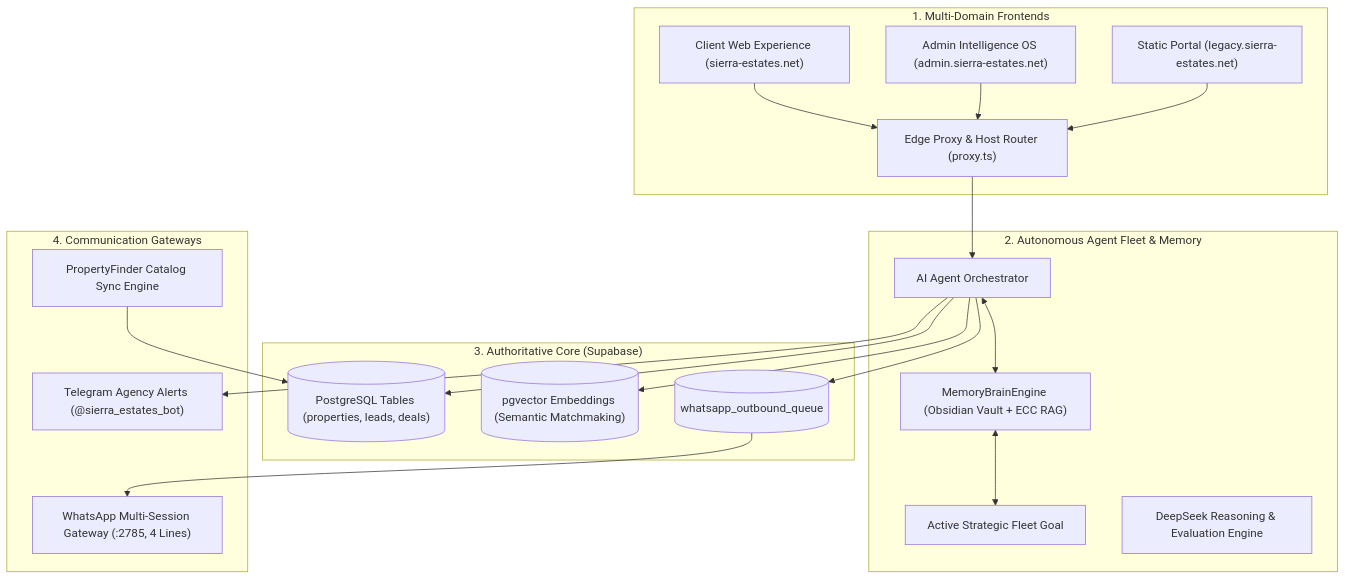
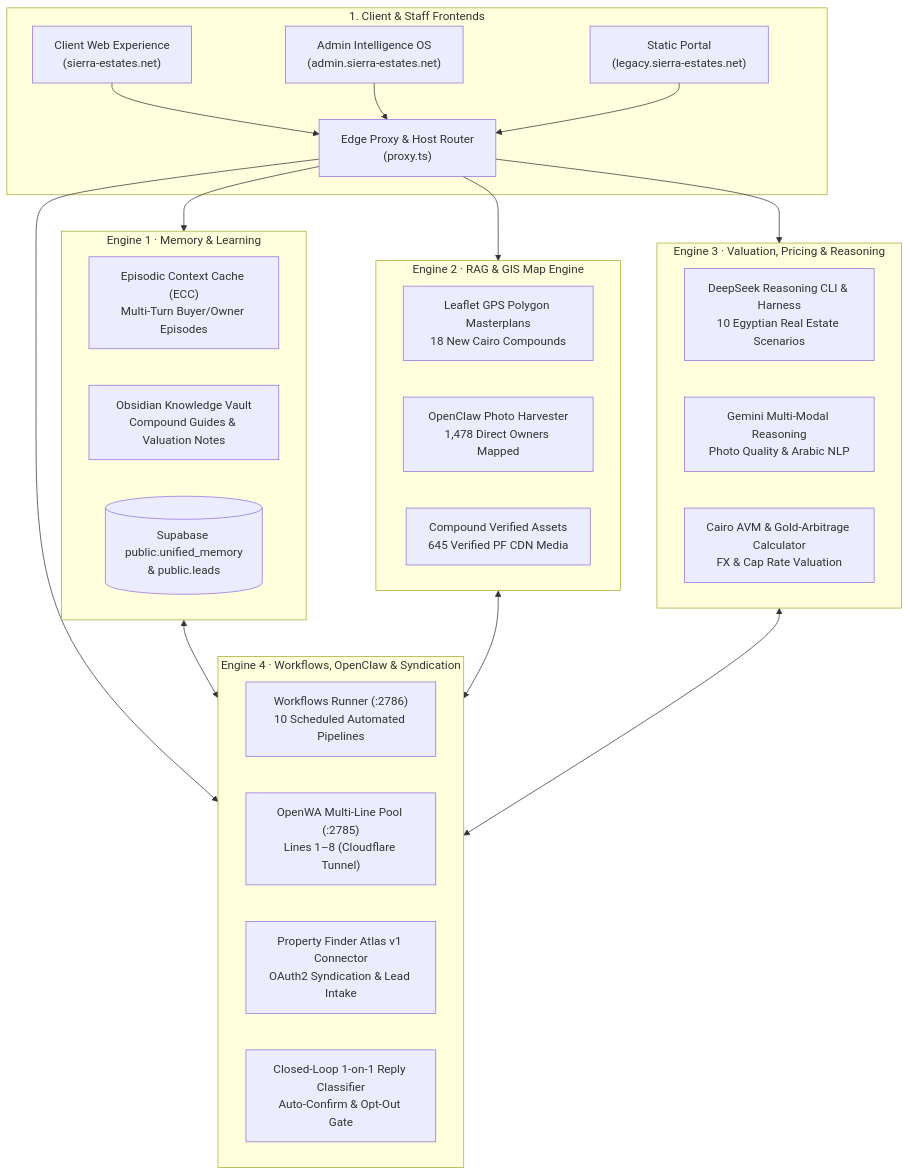
Before and after one commit to afawzy886619888866-cloud/Sierra-Estates: the first of 2 diagrams in README.md, drawn with Mermaid. The commit also changed other lines of this file and 6 other files, not shown here.

Commit message:
docs: sync architecture blueprint, roadmap index, and fix owner rent workflow test imports

````diff
--- a/README.md
+++ b/README.md
@@ -50,43 +49,47 @@
 ```mermaid
 flowchart TD
-    subgraph Clients ["1. Multi-Domain Frontends"]
-        PORTAL["Client Web Experience (sierra-estates.net)"]
-        ADMIN["Admin Intelligence OS (admin.sierra-estates.net)"]
-        LEGACY["Static Portal (legacy.sierra-estates.net)"]
-        PROXY["Edge Proxy & Host Router (proxy.ts)"]
+    subgraph Clients ["1. Client & Staff Frontends"]
+        PORTAL["Client Web Experience\n(sierra-estates.net)"]
+        ADMIN["Admin Intelligence OS\n(admin.sierra-estates.net)"]
+        LEGACY["Static Portal\n(legacy.sierra-estates.net)"]
+        PROXY["Edge Proxy & Host Router\n(proxy.ts)"]
     end
 
-    subgraph Agents ["2. Autonomous Agent Fleet & Memory"]
-        ORCH["AI Agent Orchestrator"]
-        BRAIN["MemoryBrainEngine (Obsidian Vault + ECC RAG)"]
-        GOAL["Active Strategic Fleet Goal"]
-        HARNESS["DeepSeek Reasoning & Evaluation Engine"]
+    subgraph E1 ["Engine 1 · Memory & Learning"]
+        ECC["Episodic Context Cache (ECC)\nMulti-Turn Buyer/Owner Episodes"]
+        OBS["Obsidian Knowledge Vault\nCompound Guides & Valuation Notes"]
+        UMEM[("Supabase public.unified_memory\n& public.leads")]
     end
 
-    subgraph Core ["3. Authoritative Core (Supabase)"]
-        DB[("PostgreSQL Tables (properties, leads, deals)")]
-        VEC[("pgvector Embeddings (Semantic Matchmaking)")]
-        QUEUE[("whatsapp_outbound_queue")]
+    subgraph E2 ["Engine 2 · RAG & GIS Map Engine"]
+        GIS["Leaflet GPS Polygon Masterplans\n18 New Cairo Compounds"]
+        HARVEST["OpenClaw Photo Harvester\n1,478 Direct Owners Mapped"]
+        CDN["Compound Verified Assets\n645 Verified PF CDN Media"]
     end
 
-    subgraph Outreach ["4. Communication Gateways"]
-        WA["WhatsApp Multi-Session Gateway (:2785, 4 Lines)"]
-        TG["Telegram Agency Alerts (@sierra_estates_bot)"]
-        PF["PropertyFinder Catalog Sync Engine"]
+    subgraph E3 ["Engine 3 · Valuation, Pricing & Reasoning"]
+        DEEPSEEK["DeepSeek Reasoning CLI & Harness\n10 Egyptian Real Estate Scenarios"]
+        GEMINI["Gemini Multi-Modal Reasoning\nPhoto Quality & Arabic NLP"]
+        AVM["Cairo AVM & Gold-Arbitrage Calculator\nFX & Cap Rate Valuation"]
+    end
+
+    subgraph E4 ["Engine 4 · Workflows, OpenClaw & Syndication"]
+        RUNNER["Workflows Runner (:2786)\n10 Scheduled Automated Pipelines"]
+        OPENWA["OpenWA Multi-Line Pool (:2785)\nLines 1–8 (Cloudflare Tunnel)"]
+        PF_ATLAS["Property Finder Atlas v1 Connector\nOAuth2 Syndication & Lead Intake"]
+        INBOX["Closed-Loop 1-on-1 Reply Classifier\nAuto-Confirm & Opt-Out Gate"]
     end
 
     PORTAL --> PROXY
     ADMIN --> PROXY
     LEGACY --> PROXY
-    PROXY --> ORCH
 
-    ORCH <--> BRAIN
-    BRAIN <--> GOAL
-    ORCH --> DB
-    ORCH --> VEC
-    ORCH --> QUEUE
-    ORCH --> TG
+    PROXY --> E1
+    PROXY --> E2
+    PROXY --> E3
+    PROXY --> E4
 
-    QUEUE --> WA
-    PF --> DB
+    E1 <--> E4
+    E2 <--> E4
+    E3 <--> E4
 ```
````
